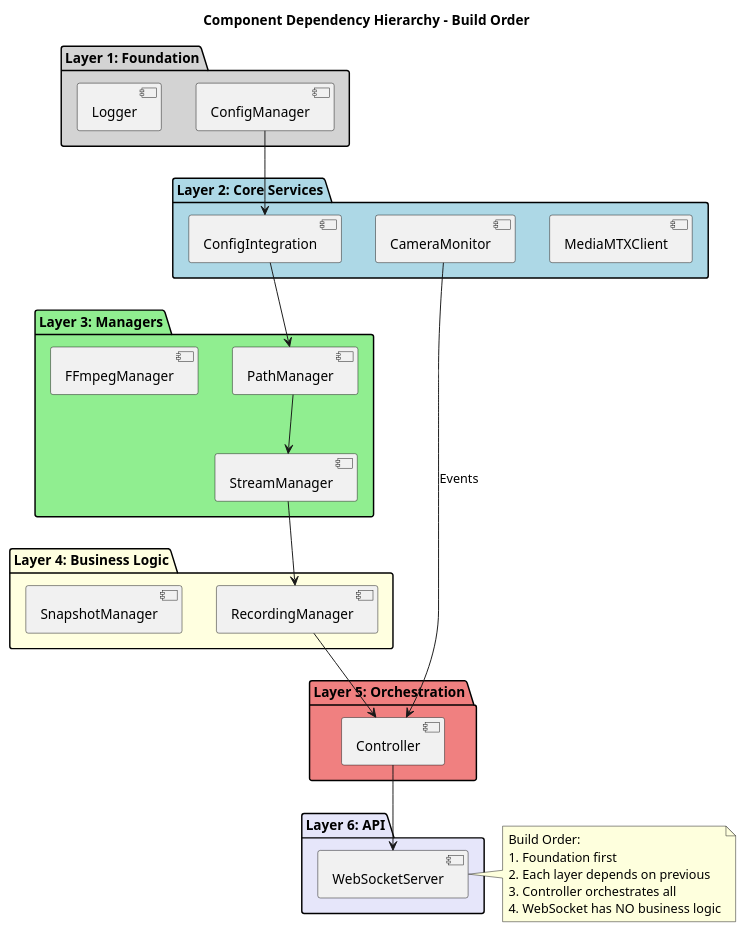
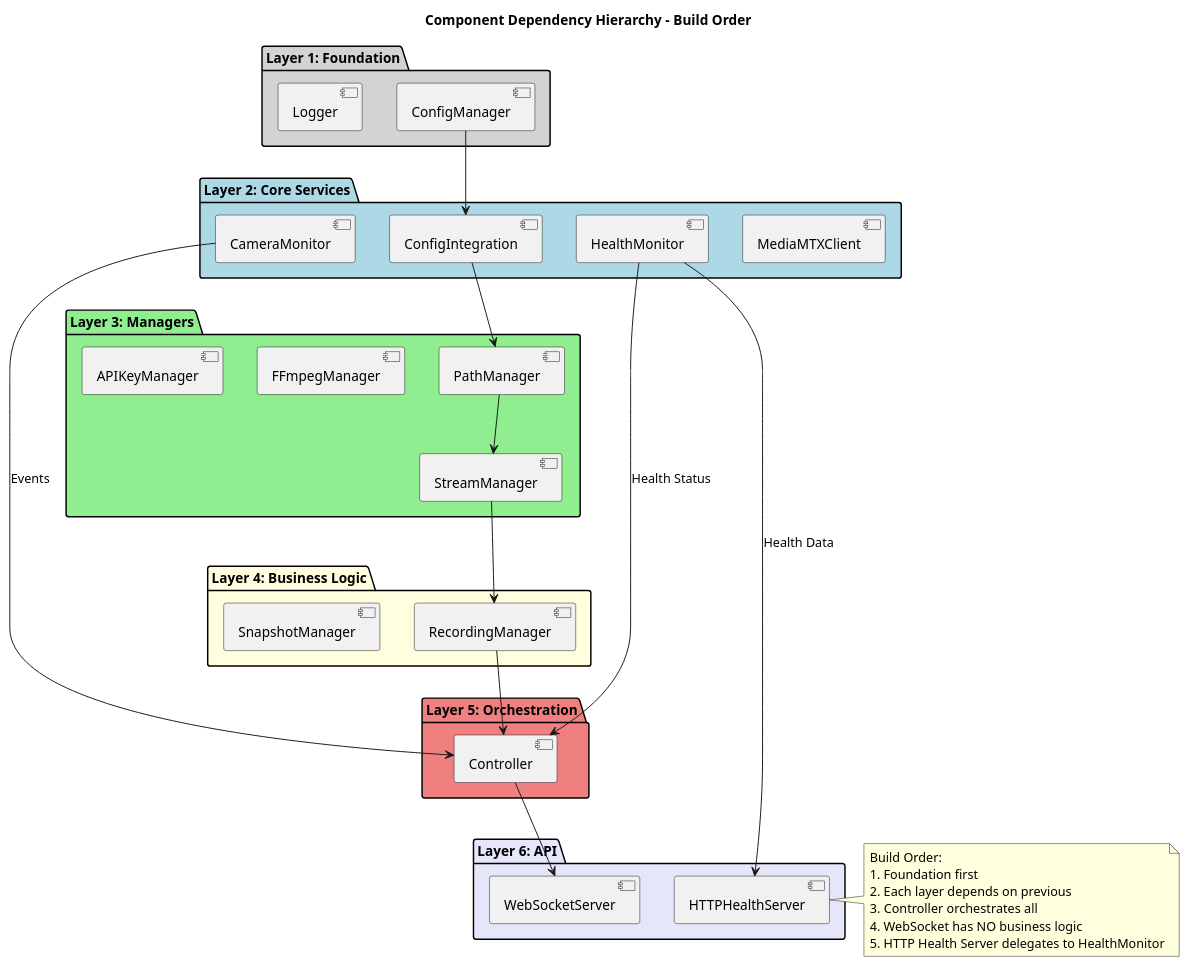
One commit to CarlosSprekelsen/CameraRecorder changed diagram 11 of 32 in mediamtx-camera-service-go/docs/architecture/go-architecture-guide.md. Above: the diagram before and after it, drawn with PlantUML. The commit also changed other lines of this file and 76 other files, not shown here.

````diff
--- a/mediamtx-camera-service-go/docs/architecture/go-architecture-guide.md
+++ b/mediamtx-camera-service-go/docs/architecture/go-architecture-guide.md
@@ -563,52 +593,58 @@
 ```plantuml
 @startuml DependencyHierarchy
 title Component Dependency Hierarchy - Build Order
 
 package "Layer 1: Foundation" #lightgray {
     [ConfigManager]
     [Logger]
 }
 
 package "Layer 2: Core Services" #lightblue {
     [MediaMTXClient]
     [CameraMonitor]
     [ConfigIntegration]
+    [HealthMonitor]
 }
 
 package "Layer 3: Managers" #lightgreen {
     [PathManager]
     [StreamManager]
     [FFmpegManager]
+    [APIKeyManager]
 }
 
 package "Layer 4: Business Logic" #lightyellow {
     [RecordingManager]
     [SnapshotManager]
 }
 
 package "Layer 5: Orchestration" #lightcoral {
     [Controller]
 }
 
 package "Layer 6: API" #lavender {
     [WebSocketServer]
+    [HTTPHealthServer]
 }
 
 [ConfigManager] --> [ConfigIntegration]
 [ConfigIntegration] --> [PathManager]
 [PathManager] --> [StreamManager]
 [StreamManager] --> [RecordingManager]
 [RecordingManager] --> [Controller]
 [CameraMonitor] --> [Controller] : Events
+[HealthMonitor] --> [Controller] : Health Status
 [Controller] --> [WebSocketServer]
+[HealthMonitor] --> [HTTPHealthServer] : Health Data
 
 note right
 Build Order:
 1. Foundation first
 2. Each layer depends on previous
 3. Controller orchestrates all
 4. WebSocket has NO business logic
+5. HTTP Health Server delegates to HealthMonitor
 end note
 
 @enduml
 ```
````
